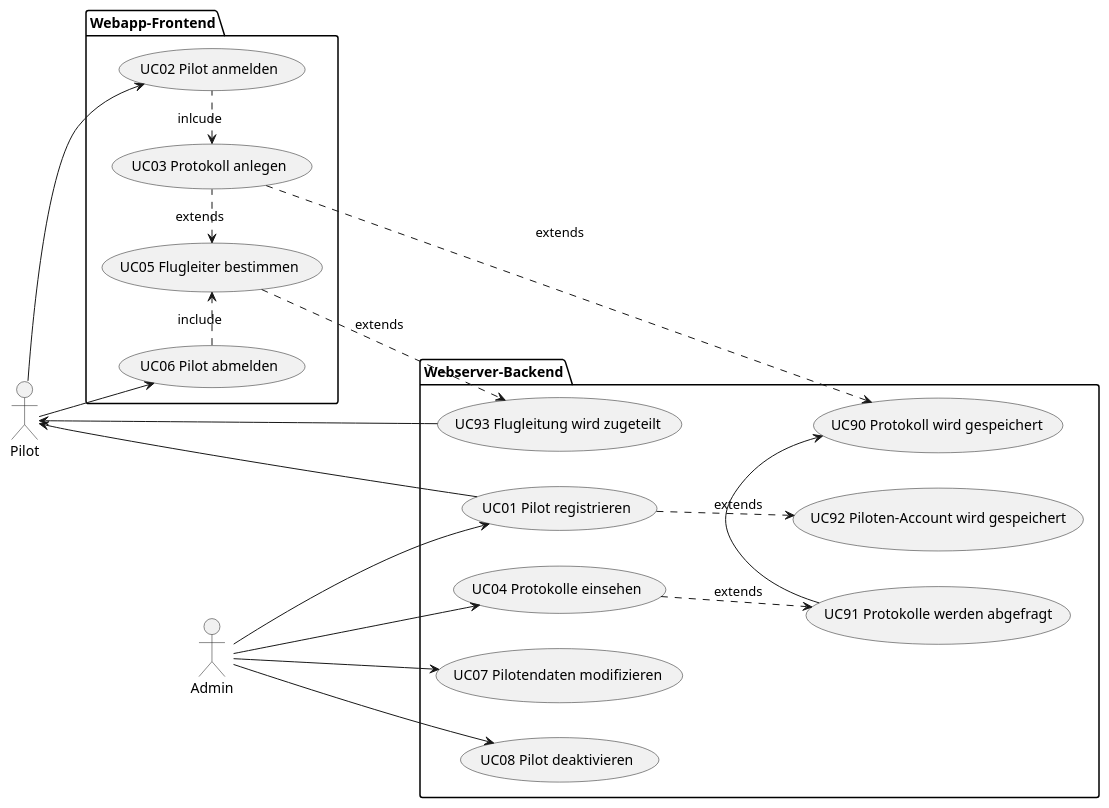
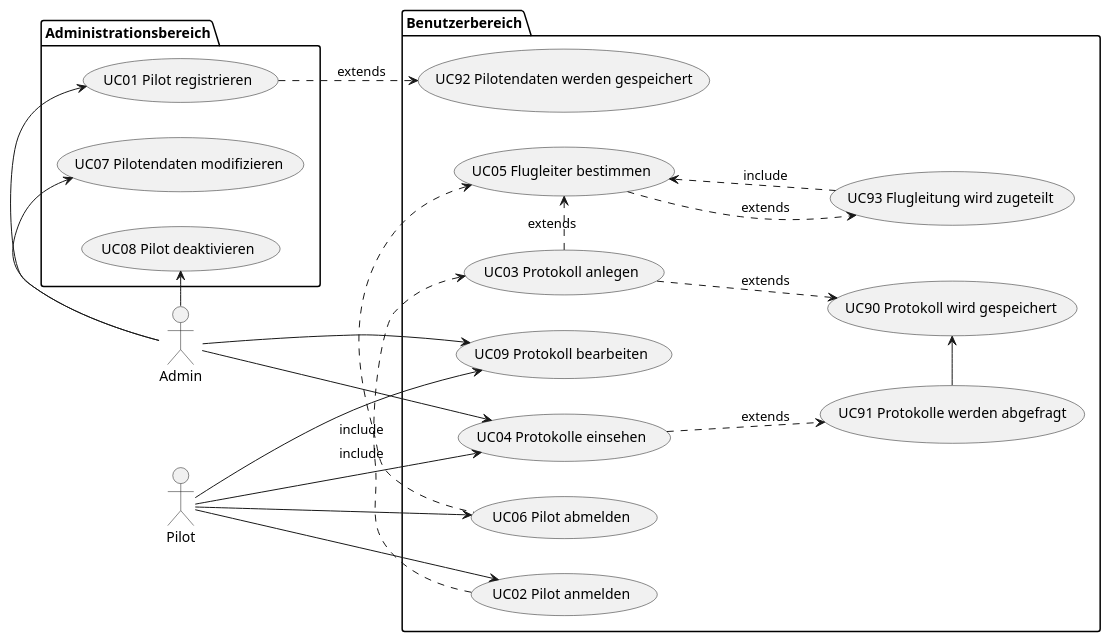
One commit to jakobkmar/E09-modellflug-logbuch changed the diagram in docs/requirements/use-case_model.adoc. Above: the diagram before and after it, drawn with PlantUML.

Commit message:
Do not overwrite use case model with newer state from main

```diff
--- a/docs/requirements/use-case_model.adoc
+++ b/docs/requirements/use-case_model.adoc
@@ -25,41 +25,47 @@
 [plantuml, "{diagramsdir}/gesamter Use-Case", svg]
 ....
 @startuml
 left to right direction
 "Admin" as ac01
 "Pilot" as ac02
-package Webapp-Frontend {
+package Benutzerbereich {
     "UC02 Pilot anmelden" as (uc02) 
     "UC03 Protokoll anlegen" as (uc03)
+    "UC04 Protokolle einsehen" as (uc04)
     "UC05 Flugleiter bestimmen" as (uc05)
     "UC06 Pilot abmelden" as (uc06)
+    "UC09 Protokoll bearbeiten" as (uc09)
+    "UC90 Protokoll wird gespeichert" as (uc90)
+    "UC91 Protokolle werden abgefragt" as (uc91)
+    "UC92 Pilotendaten werden gespeichert" as (uc92)
+    "UC93 Flugleitung wird zugeteilt" as (uc93)
 }
 
-package Webserver-Backend {
+package Administrationsbereich {
     "UC01 Pilot registrieren" as (uc01)
-    "UC04 Protokolle einsehen" as (uc04)
     "UC07 Pilotendaten modifizieren" as (uc07)
     "UC08 Pilot deaktivieren" as (uc08)
-    "UC90 Protokoll wird gespeichert" as (uc90)
-    "UC91 Protokolle werden abgefragt" as (uc91)
-    "UC92 Piloten-Account wird gespeichert" as (uc92)
-    "UC93 Flugleitung wird zugeteilt" as (uc93)
+
 }
-ac01 -d-> uc01
+ac01 -l-> uc01
 ac01 -d-> uc04
-ac01 -d-> uc07
-ac01 -d-> uc08
+
+ac01 -l-> uc07
+ac01 -l-> uc08
+
+ac01 --> uc09
 ac02 -d-> uc02
 ac02 -d-> uc06
-uc01 -u-> ac02
+ac02 --> uc09
+ac02 --> uc04
 uc01 .d.> uc92 :extends
-uc02 .l.> uc03 :inlcude
-uc03 .l.> uc05 :extends
+uc02 .r.> uc03 :include
+uc03 .r.> uc05 :extends
 uc03 .d.> uc90 :extends
 uc04 .d.> uc91 :extends
 uc05 .d.> uc93 :extends
-uc06 .r.> uc05 :include
+uc06 .l.> uc05 :include
 uc91 -r-> uc90
-uc93 -u-> ac02
+uc93 .u.> uc05 :include
 @enduml
 ....
```
